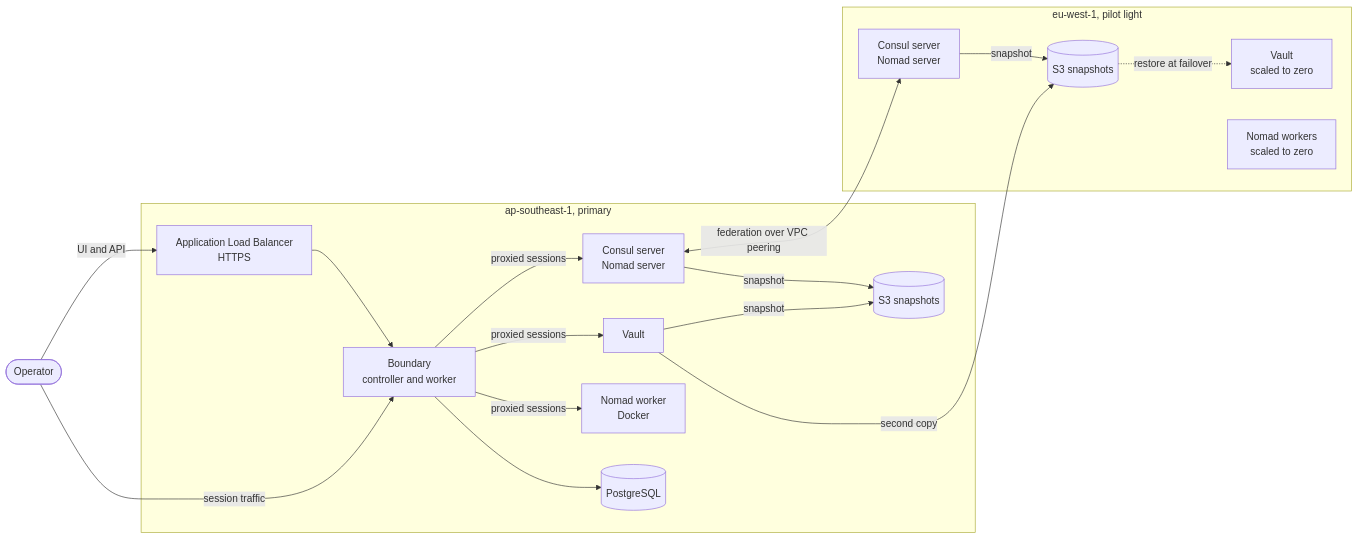
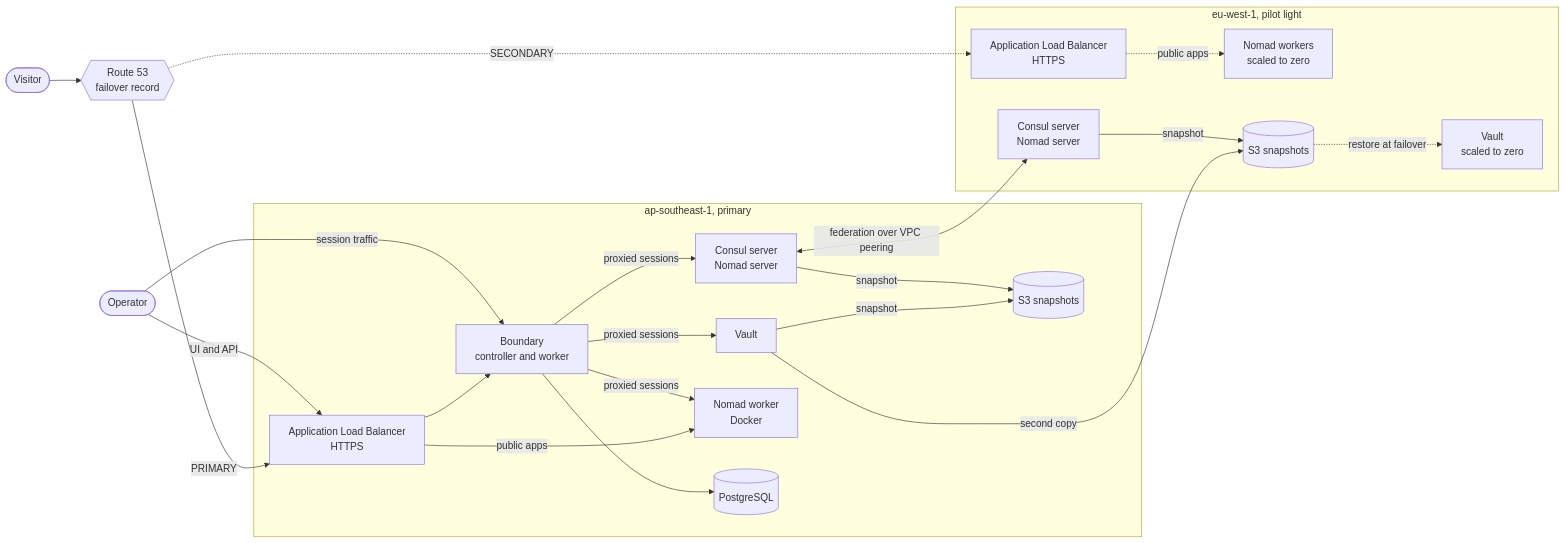
Before and after one commit to Yophi123/hashicorp-stack: the diagram in README.md, drawn with Mermaid. The commit also changed other lines of this file and 20 other files, not shown here.

````diff
--- a/README.md
+++ b/README.md
@@ -22,32 +25,42 @@
 ```mermaid
 flowchart LR
     user([Operator])
+    visitor([Visitor])
+    r53{{"Route 53<br/>failover record"}}
 
     subgraph P["ap-southeast-1, primary"]
         alb["Application Load Balancer<br/>HTTPS"]
         bnd["Boundary<br/>controller and worker"]
         srv["Consul server<br/>Nomad server"]
         vault["Vault"]
         wrk["Nomad worker<br/>Docker"]
         rds[("PostgreSQL")]
         s3p[("S3 snapshots")]
     end
 
     subgraph L["eu-west-1, pilot light"]
+        alb2["Application Load Balancer<br/>HTTPS"]
         srv2["Consul server<br/>Nomad server"]
         vault2["Vault<br/>scaled to zero"]
         wrk2["Nomad workers<br/>scaled to zero"]
         s3l[("S3 snapshots")]
     end
 
+    visitor --> r53
+    r53 -->|"PRIMARY"| alb
+    r53 -.->|"SECONDARY"| alb2
+    alb -->|"public apps"| wrk
+    alb2 -.->|"public apps"| wrk2
+
     user -->|"UI and API"| alb --> bnd
     user -->|"session traffic"| bnd
     bnd -->|"proxied sessions"| srv & vault & wrk
     bnd --> rds
+
     srv <-->|"federation over VPC peering"| srv2
     vault -->|"snapshot"| s3p
     vault -->|"second copy"| s3l
     srv -->|"snapshot"| s3p
     srv2 -->|"snapshot"| s3l
     s3l -.->|"restore at failover"| vault2
 ```
````
